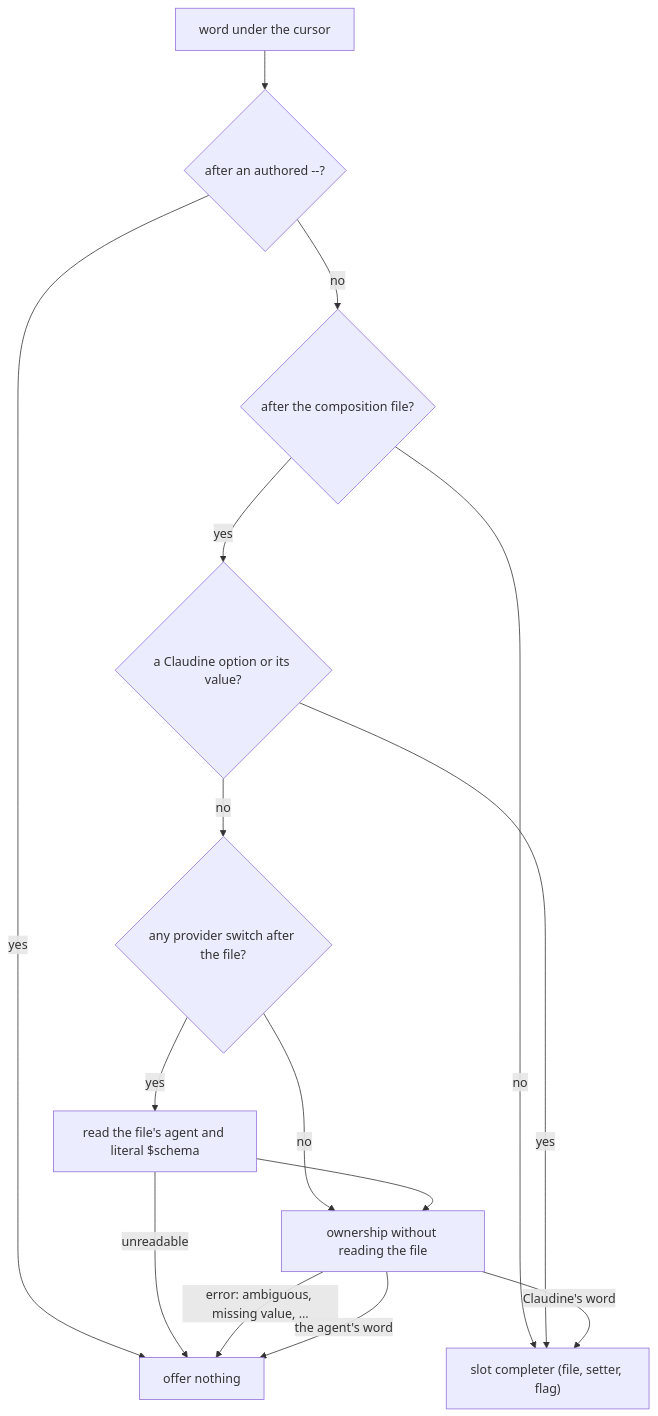
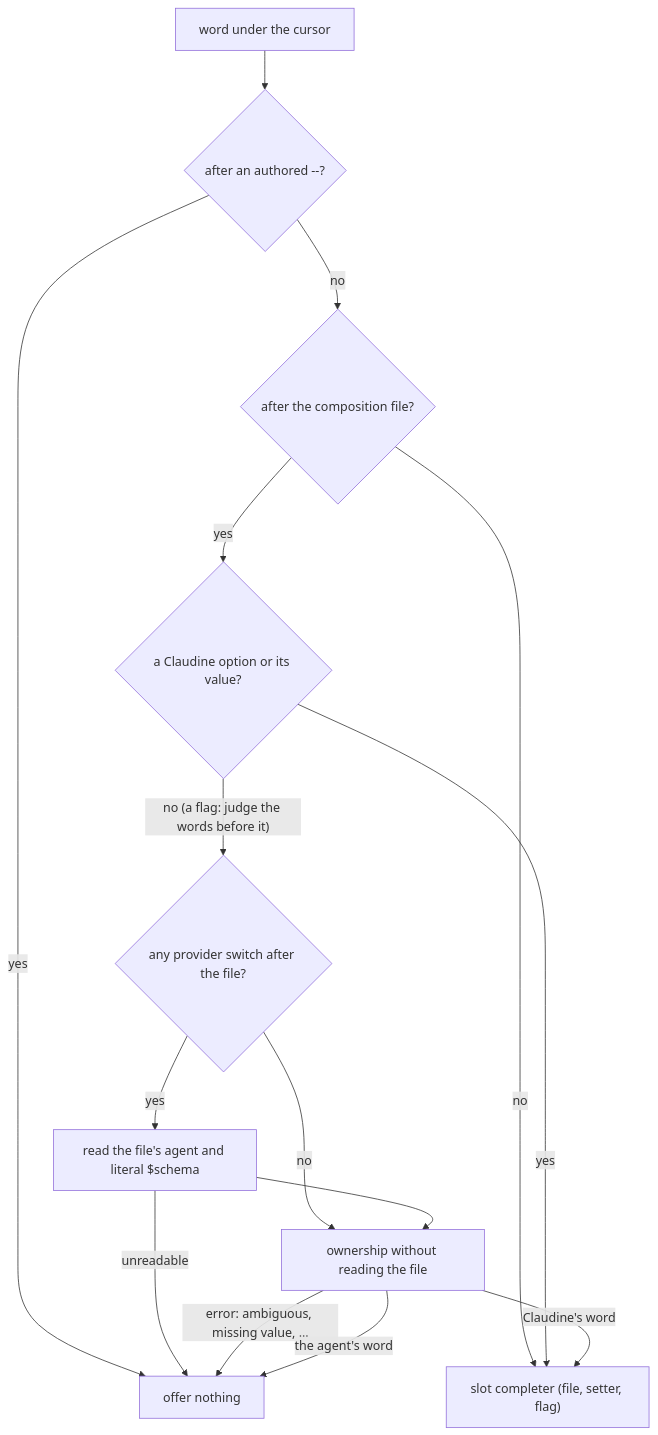
One commit to yankeeinlondon/rusty-biscuit changed the first of 2 diagrams in claudine/docs/topics/completions/shell-completions.md. Above: the diagram before and after it, drawn with Mermaid. The commit also changed other lines of this file and 18 other files, not shown here.

````diff
--- a/claudine/docs/topics/completions/shell-completions.md
+++ b/claudine/docs/topics/completions/shell-completions.md
@@ -685,17 +693,17 @@
 ```mermaid
 flowchart TD
     A["word under the cursor"] --> B{"after an authored --?"}
     B -->|yes| N["offer nothing"]
     B -->|no| C{"after the composition file?"}
     C -->|no| S["slot completer (file, setter, flag)"]
     C -->|yes| D{"a Claudine option or its value?"}
     D -->|yes| S
-    D -->|no| E{"any provider switch after the file?"}
+    D -->|"no (a flag: judge the words before it)"| E{"any provider switch after the file?"}
     E -->|no| F["ownership without reading the file"]
     E -->|yes| G["read the file's agent and literal $schema"]
     G -->|unreadable| N
     G --> F
     F -->|error: ambiguous, missing value, ...| N
     F -->|the agent's word| N
     F -->|Claudine's word| S
 ```
````
